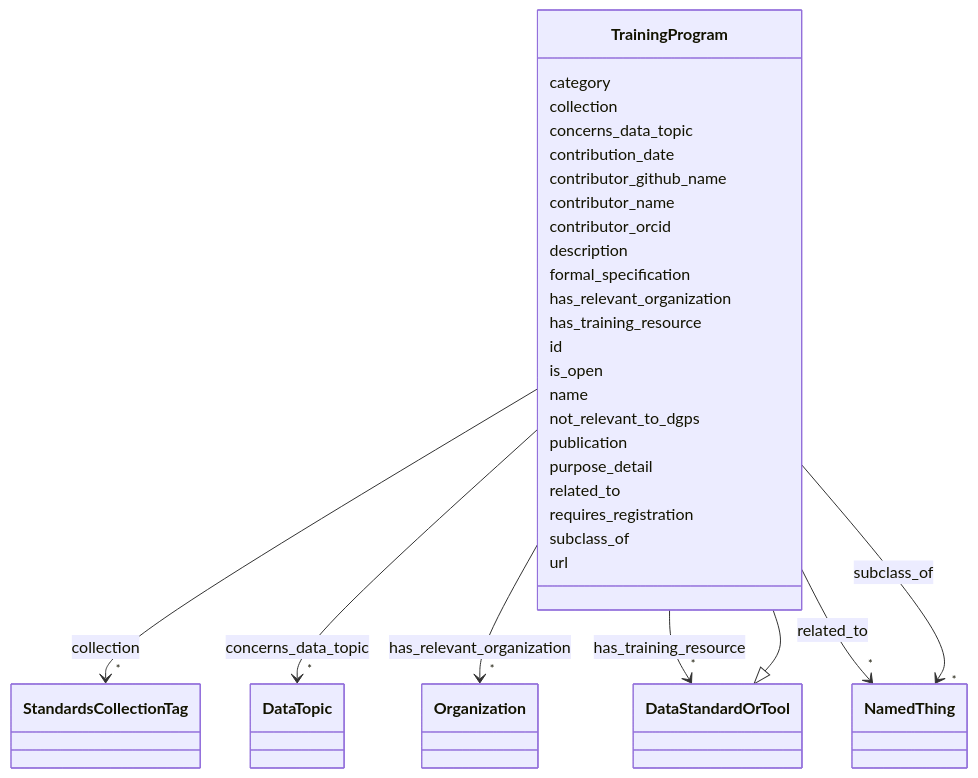
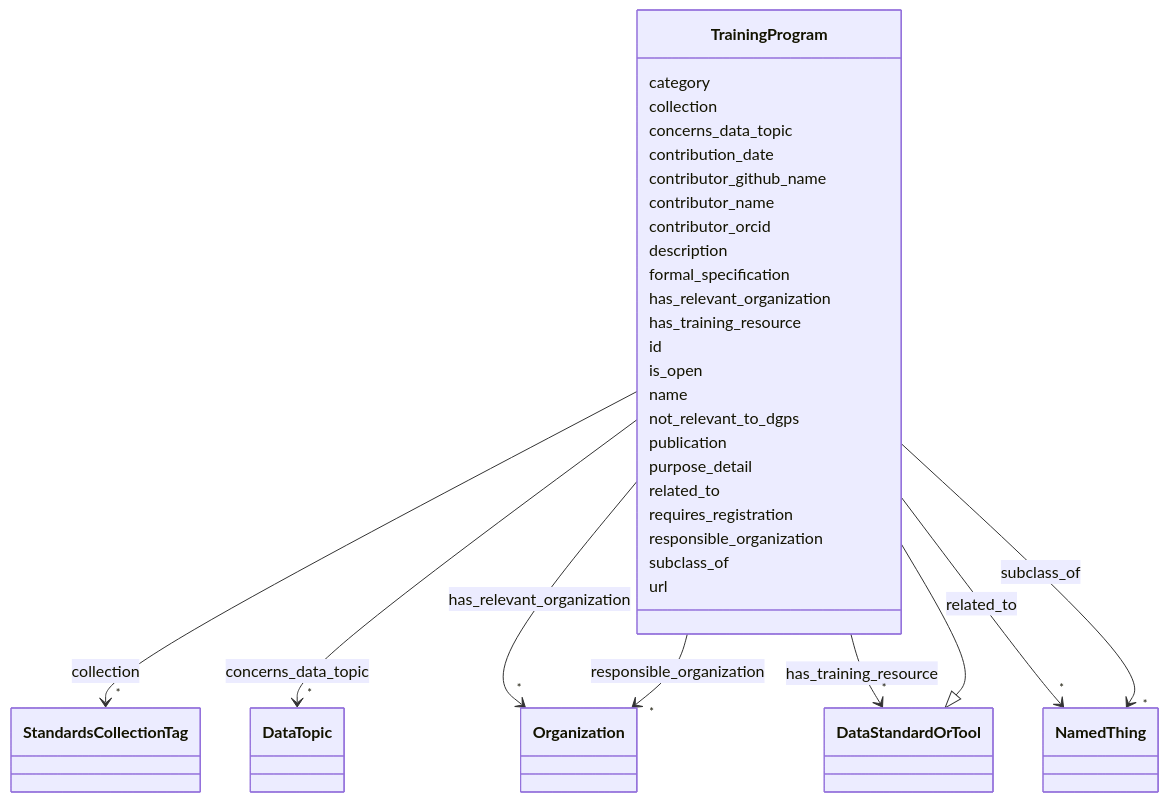
One commit to bridge2ai/standards-schemas changed the diagram in docs/TrainingProgram.md. Above: the diagram before and after it, drawn with Mermaid. The commit also changed other lines of this file and 37 other files, not shown here.

```diff
--- a/docs/TrainingProgram.md
+++ b/docs/TrainingProgram.md
@@ -96,6 +96,15 @@
         
       TrainingProgram : requires_registration
         
+      TrainingProgram : responsible_organization
+        
+          
+    
+    
+    TrainingProgram --> "*" Organization : responsible_organization
+    click Organization href "../Organization"
+
+        
       TrainingProgram : subclass_of
         
           
```
